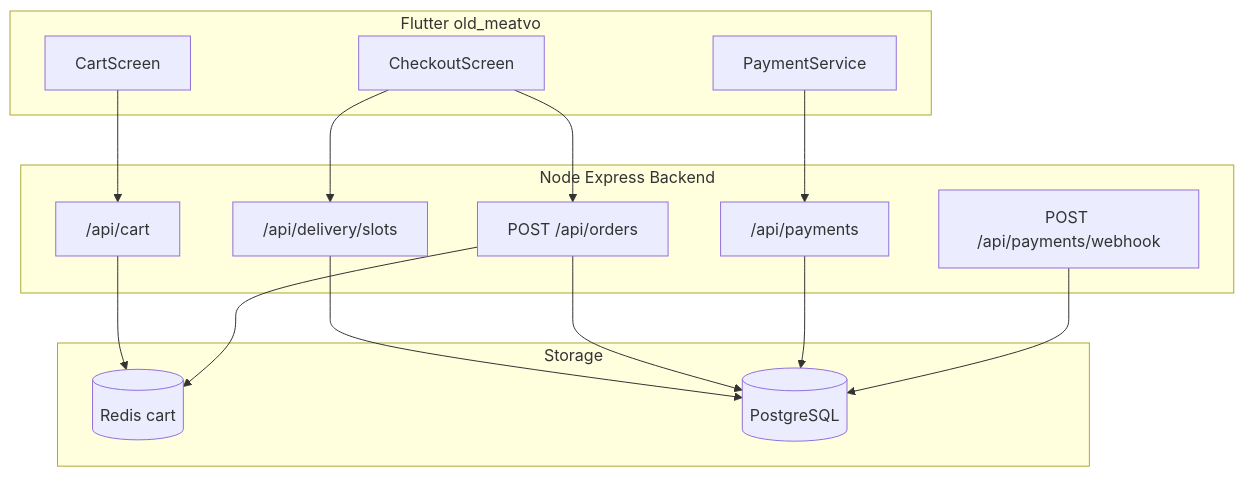
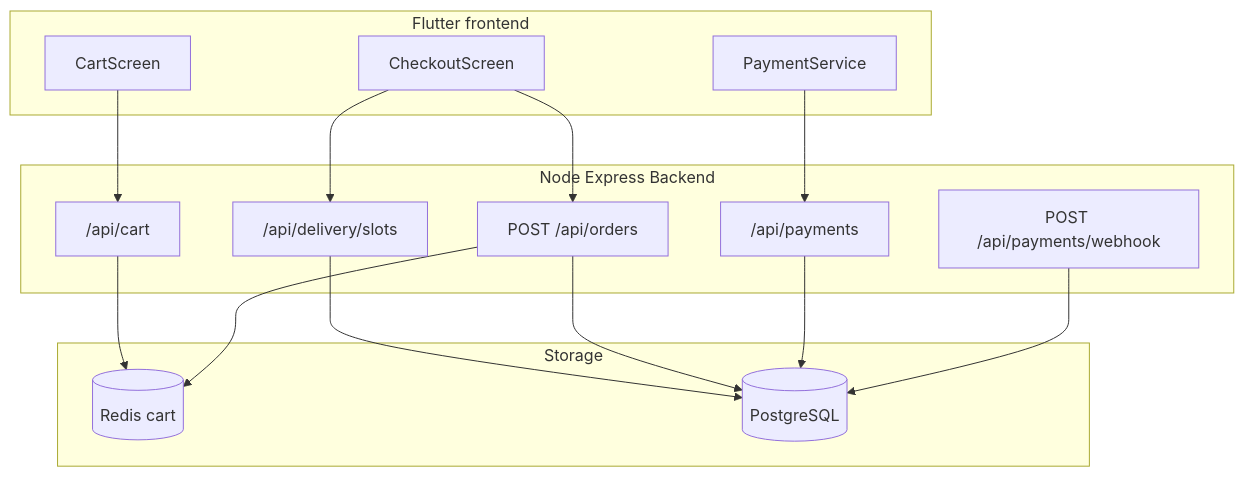
The first of 6 diagrams in backend/docs/checkout-pipeline-architecture.md (Deon404/MeatvoApp), drawn with Mermaid before and after one commit. The commit also changed other lines of this file and 351 other files, not shown here.

````diff
--- a/backend/docs/checkout-pipeline-architecture.md
+++ b/backend/docs/checkout-pipeline-architecture.md
@@ -29,29 +29,29 @@
 ```mermaid
 flowchart TB
-  subgraph client [Flutter old_meatvo]
+  subgraph client [Flutter frontend]
     CartUI[CartScreen]
     CheckoutUI[CheckoutScreen]
     PayUI[PaymentService]
   end
 
   subgraph backend [Node Express Backend]
     CartAPI["/api/cart"]
     SlotsAPI["/api/delivery/slots"]
     OrdersAPI["POST /api/orders"]
     PayAPI["/api/payments"]
     Webhook["POST /api/payments/webhook"]
   end
 
   subgraph storage [Storage]
     Redis[(Redis cart)]
     PG[(PostgreSQL)]
   end
 
   CartUI --> CartAPI --> Redis
   CheckoutUI --> SlotsAPI --> PG
   CheckoutUI --> OrdersAPI
   OrdersAPI --> Redis
   OrdersAPI --> PG
   PayUI --> PayAPI --> PG
   Webhook --> PG
 ```
````
